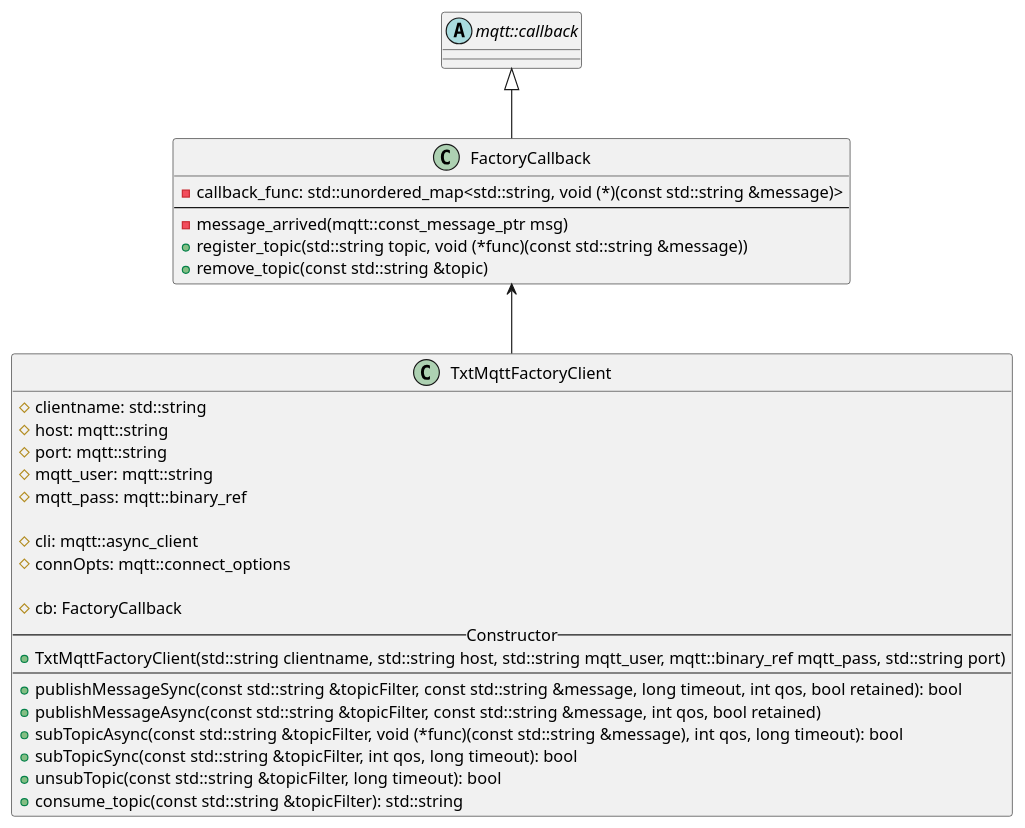
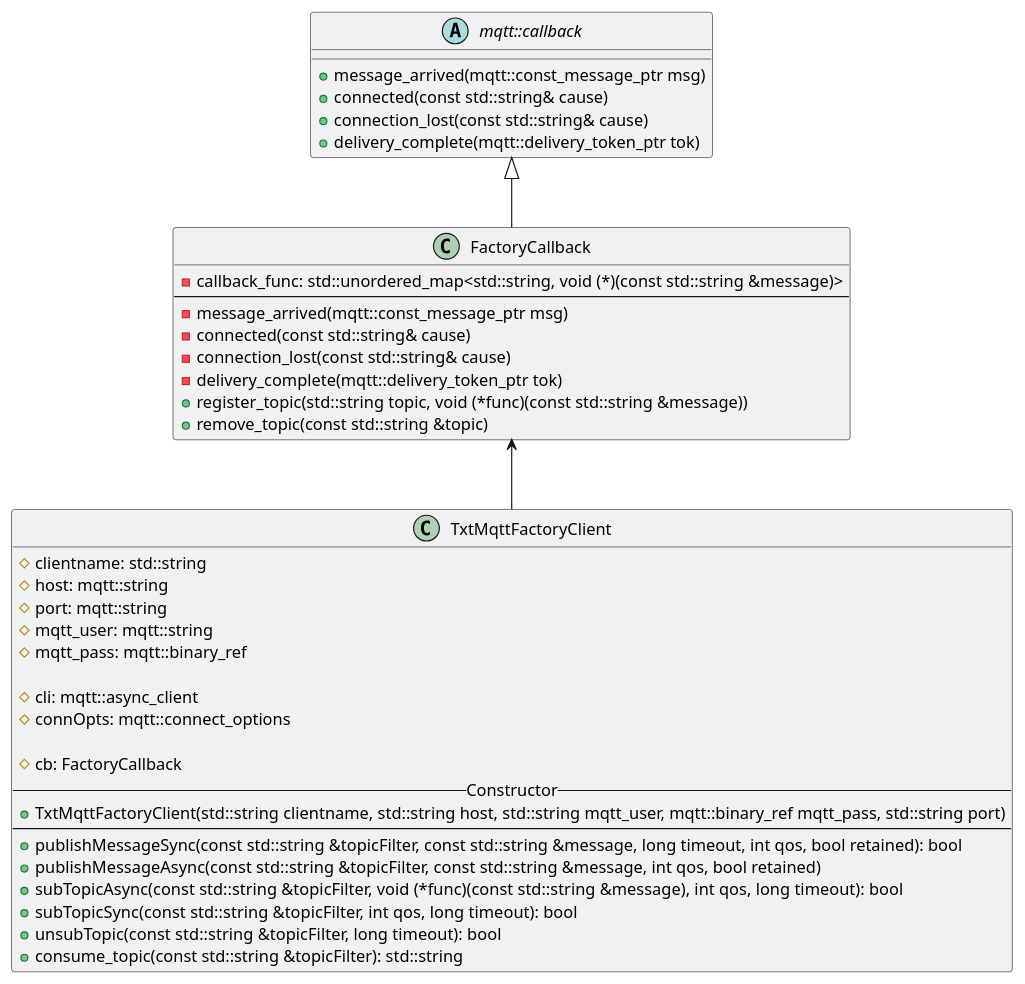
One commit to SchmidJoel/FischertechnikTXTApi changed the eighth of 8 diagrams in documentation/api.pu. Above: the diagram before and after it, drawn with PlantUML. The commit also changed 2 other files, not shown here.

```diff
--- a/documentation/api.pu
+++ b/documentation/api.pu
@@ -409,37 +409,45 @@
 @startuml mqtt_client
 class TxtMqttFactoryClient {
     #clientname: std::string
 	#host: mqtt::string
 	#port: mqtt::string
 	#mqtt_user: mqtt::string
 	#mqtt_pass: mqtt::binary_ref
 
 	#cli: mqtt::async_client
 	#connOpts: mqtt::connect_options
 
 	#cb: FactoryCallback
     --Constructor--
     +TxtMqttFactoryClient(std::string clientname, std::string host, std::string mqtt_user, mqtt::binary_ref mqtt_pass, std::string port)
     ----
     +publishMessageSync(const std::string &topicFilter, const std::string &message, long timeout, int qos, bool retained): bool
     +publishMessageAsync(const std::string &topicFilter, const std::string &message, int qos, bool retained)
     +subTopicAsync(const std::string &topicFilter, void (*func)(const std::string &message), int qos, long timeout): bool
     +subTopicSync(const std::string &topicFilter, int qos, long timeout): bool
     +unsubTopic(const std::string &topicFilter, long timeout): bool
     +consume_topic(const std::string &topicFilter): std::string
 }
 
 class FactoryCallback {
     -callback_func: std::unordered_map<std::string, void (*)(const std::string &message)>
     ----
     -message_arrived(mqtt::const_message_ptr msg)
+    -connected(const std::string& cause)
+    -connection_lost(const std::string& cause)
+    -delivery_complete(mqtt::delivery_token_ptr tok)
     +register_topic(std::string topic, void (*func)(const std::string &message))
     +remove_topic(const std::string &topic)
 }
 
-abstract class mqtt::callback
+abstract class mqtt::callback {
+    +message_arrived(mqtt::const_message_ptr msg)
+    +connected(const std::string& cause)
+    +connection_lost(const std::string& cause)
+    +delivery_complete(mqtt::delivery_token_ptr tok)
+}
 
 mqtt::callback <|-- FactoryCallback
 
 FactoryCallback <-- TxtMqttFactoryClient
 @enduml
```
